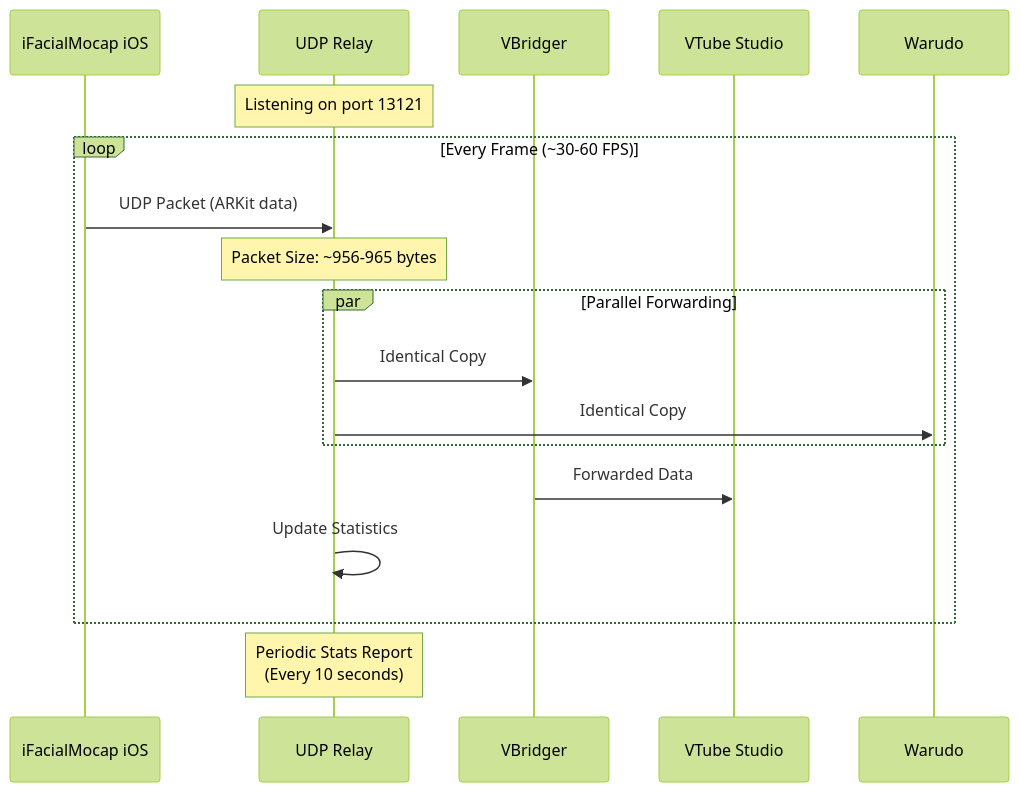
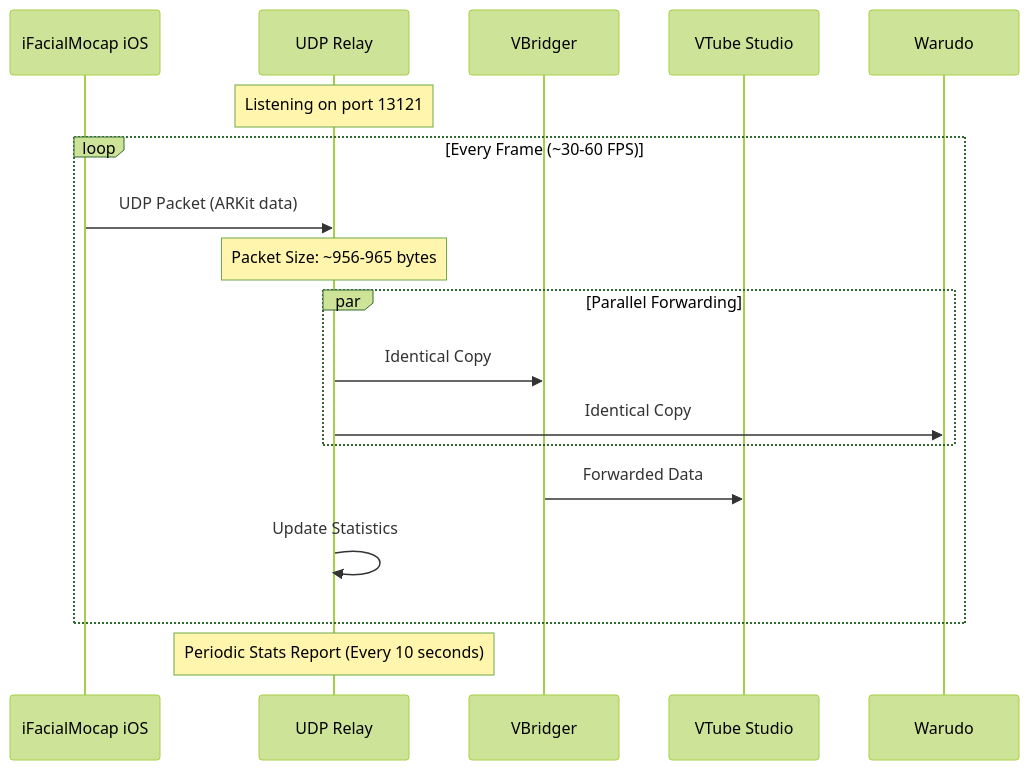
One commit to whykusanagi/VTuberHub changed the second of 2 diagrams in README.md. Above: the diagram before and after it, drawn with Mermaid (forest theme). The commit also changed other lines of this file, not shown here.

Commit message:
fix: remove br tags from mermaid charts for GitHub compatibility

````diff
--- a/README.md
+++ b/README.md
@@ -50,26 +50,26 @@
 ```mermaid
 sequenceDiagram
     participant iOS as iFacialMocap iOS
     participant Relay as UDP Relay
     participant VB as VBridger
     participant VTS as VTube Studio
     participant Warudo as Warudo
     
     Note over Relay: Listening on port 13121
     
     loop Every Frame (~30-60 FPS)
         iOS->>Relay: UDP Packet (ARKit data)
         Note over Relay: Packet Size: ~956-965 bytes
         
         par Parallel Forwarding
             Relay->>VB: Identical Copy
             Relay->>Warudo: Identical Copy
         end
         
         VB->>VTS: Forwarded Data
         
         Relay->>Relay: Update Statistics
     end
     
-    Note over Relay: Periodic Stats Report<br/>(Every 10 seconds)
+    Note over Relay: Periodic Stats Report (Every 10 seconds)
 ```
````
